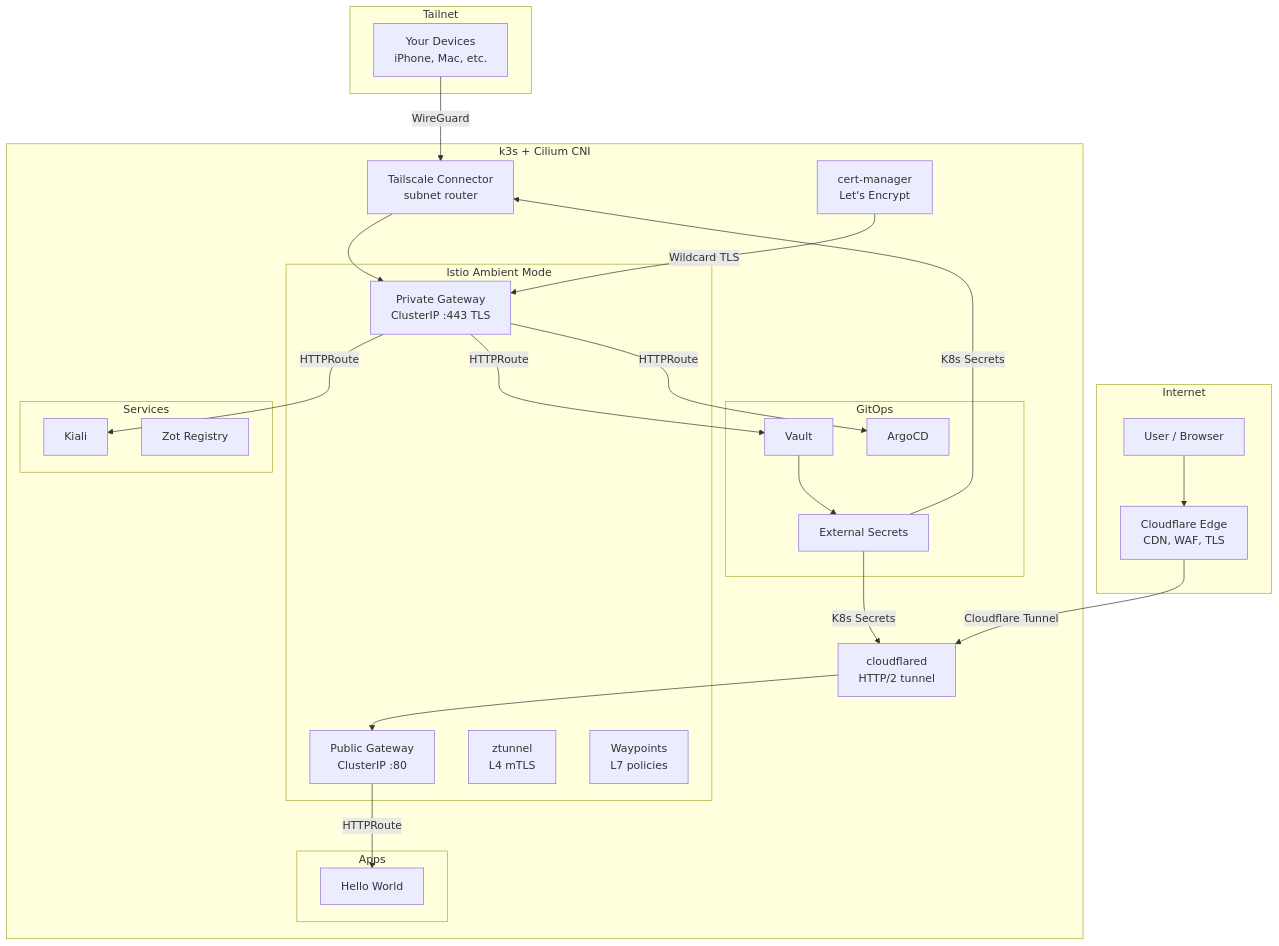
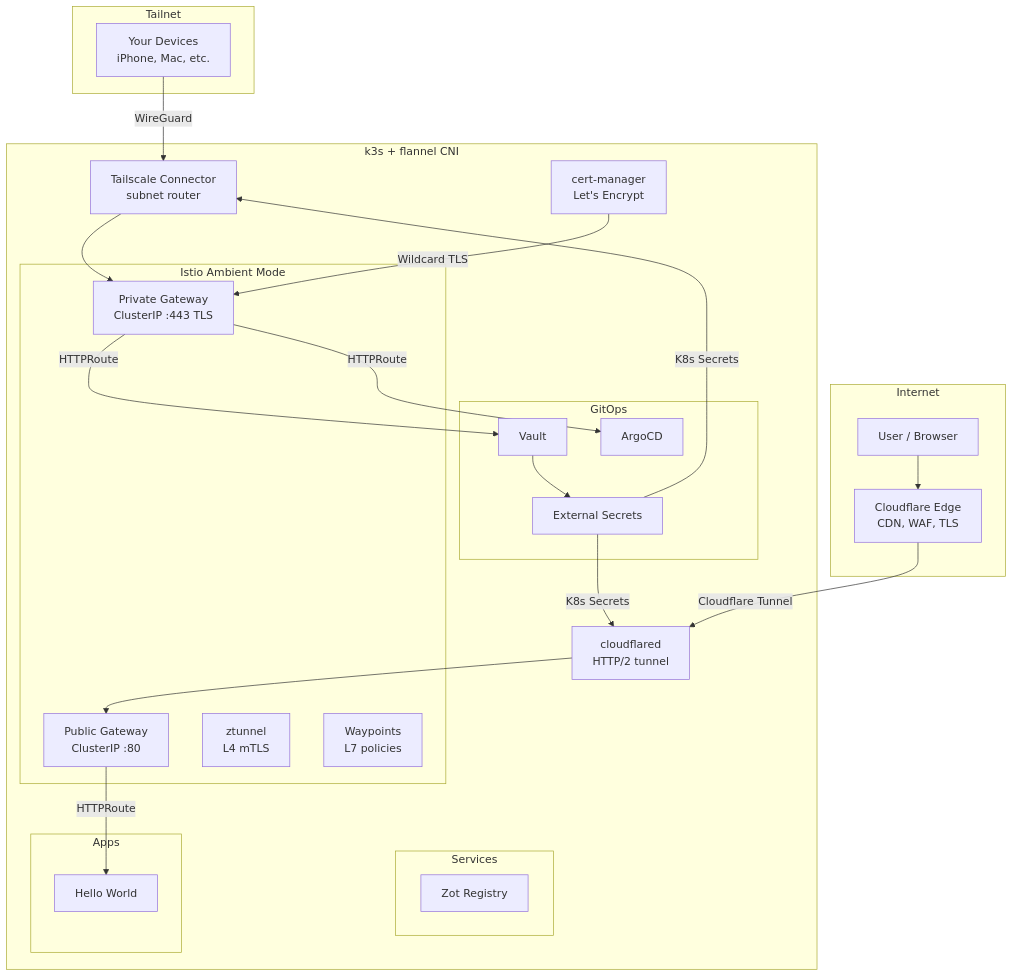
One commit to matheus3301/simplest-homelab changed the first of 4 diagrams in docs/architecture.md. Above: the diagram before and after it, drawn with Mermaid. The commit also changed other lines of this file and 6 other files, not shown here.

````diff
--- a/docs/architecture.md
+++ b/docs/architecture.md
@@ -5,55 +5,53 @@
 ```mermaid
 graph TB
     subgraph Internet
         User[User / Browser]
         CF[Cloudflare Edge<br/>CDN, WAF, TLS]
     end
 
     subgraph Tailnet
         Device[Your Devices<br/>iPhone, Mac, etc.]
     end
 
-    subgraph k3s[k3s + Cilium CNI]
+    subgraph k3s[k3s + flannel CNI]
         subgraph GitOps
             ArgoCD
             Vault
             ESO[External Secrets]
         end
 
         subgraph Istio[Istio Ambient Mode]
             PubGW[Public Gateway<br/>ClusterIP :80]
             PrivGW[Private Gateway<br/>ClusterIP :443 TLS]
             Ztunnel[ztunnel<br/>L4 mTLS]
             Waypoints[Waypoints<br/>L7 policies]
         end
 
         Cloudflared[cloudflared<br/>HTTP/2 tunnel]
         Connector[Tailscale Connector<br/>subnet router]
         CertManager[cert-manager<br/>Let's Encrypt]
 
         subgraph Services
-            Kiali
             Zot[Zot Registry]
         end
 
         subgraph Apps
             HelloWorld[Hello World]
         end
     end
 
     User --> CF
     CF -->|Cloudflare Tunnel| Cloudflared
     Cloudflared --> PubGW
     PubGW -->|HTTPRoute| HelloWorld
 
     Device -->|WireGuard| Connector
     Connector --> PrivGW
-    PrivGW -->|HTTPRoute| Kiali
     PrivGW -->|HTTPRoute| Vault
     PrivGW -->|HTTPRoute| ArgoCD
 
     Vault --> ESO
     ESO -->|K8s Secrets| Cloudflared
     ESO -->|K8s Secrets| Connector
     CertManager -->|Wildcard TLS| PrivGW
 ```
````
